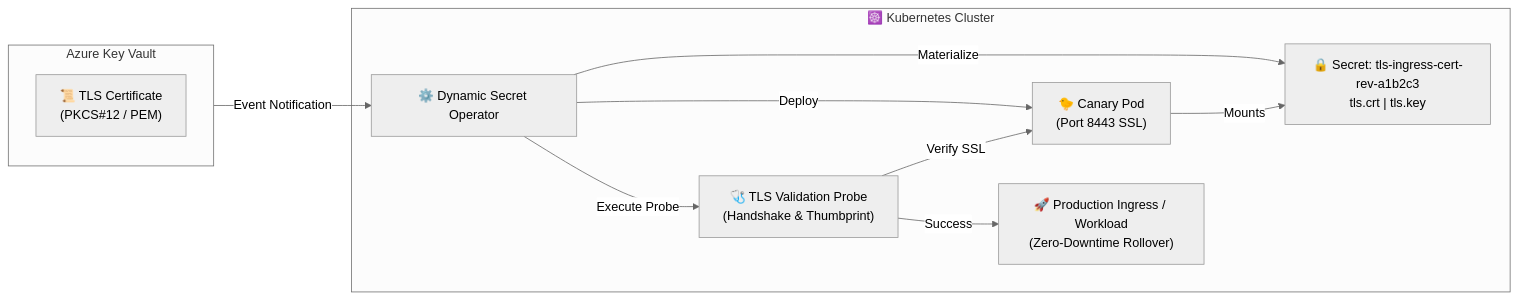
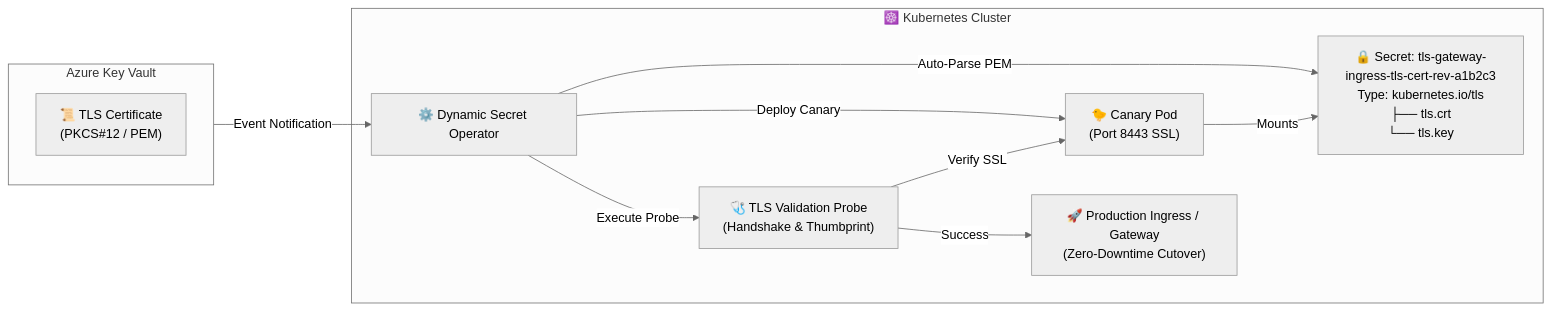
The diagram in examples/tls-certificate-rotation/README.md (quantumsys-dev/dynamic-secret-operator), drawn with Mermaid (neutral theme) before and after one commit. The commit also changed other lines of this file and 7 other files, not shown here.

````diff
--- a/examples/tls-certificate-rotation/README.md
+++ b/examples/tls-certificate-rotation/README.md
@@ -16,22 +17,22 @@
 ```mermaid
 flowchart LR
     subgraph AKV ["Azure Key Vault"]
         CERT["📜 TLS Certificate<br/>(PKCS#12 / PEM)"]
     end
 
     subgraph K8s ["☸️ Kubernetes Cluster"]
         DSO["⚙️ Dynamic Secret Operator"]
-        SEC["🔒 Secret: tls-ingress-cert-rev-a1b2c3<br/>tls.crt | tls.key"]
+        SEC["🔒 Secret: tls-gateway-ingress-tls-cert-rev-a1b2c3<br/>Type: kubernetes.io/tls<br/>├── tls.crt<br/>└── tls.key"]
         CANARY["🐤 Canary Pod<br/>(Port 8443 SSL)"]
         PROBE["🩺 TLS Validation Probe<br/>(Handshake & Thumbprint)"]
-        PROD["🚀 Production Ingress / Workload<br/>(Zero-Downtime Rollover)"]
+        PROD["🚀 Production Ingress / Gateway<br/>(Zero-Downtime Cutover)"]
     end
 
     AKV -->|"Event Notification"| DSO
-    DSO -->|"Materialize"| SEC
-    DSO -->|"Deploy"| CANARY
+    DSO -->|"Auto-Parse PEM"| SEC
+    DSO -->|"Deploy Canary"| CANARY
     CANARY -->|"Mounts"| SEC
     DSO -->|"Execute Probe"| PROBE
     PROBE -->|"Verify SSL"| CANARY
     PROBE -->|"Success"| PROD
 ```
````
